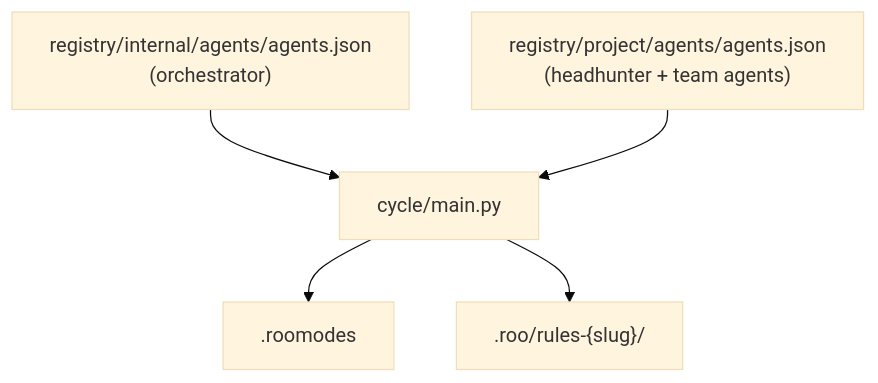
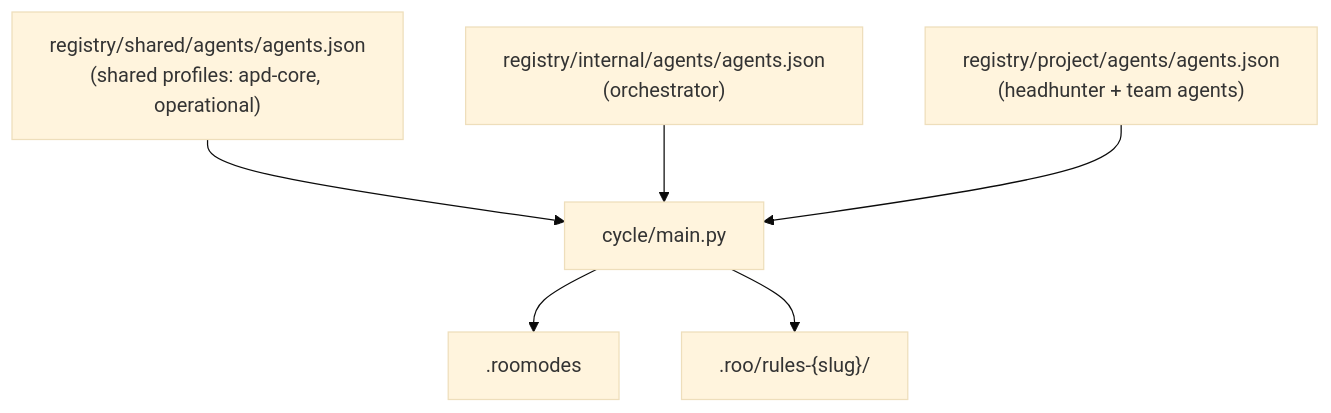
The second of 2 diagrams in docs/architecture.md (Joanoni/autonomous-project-development), drawn with Mermaid (base theme) before and after one commit. The commit also changed other lines of this file and 56 other files, not shown here.

Commit message:
refactor: introduce shared registry, split cycle script, add simple_code_and_test_project example, and clean up per-example rules

````diff
--- a/docs/architecture.md
+++ b/docs/architecture.md
@@ -131,13 +132,15 @@
 ```mermaid
 graph TD
+    SH["registry/shared/agents/agents.json<br/>(shared profiles: apd-core, operational)"]
     INT["registry/internal/agents/agents.json<br/>(orchestrator)"]
     PRJ["registry/project/agents/agents.json<br/>(headhunter + team agents)"]
     CY["cycle/main.py"]
     RM[".roomodes"]
     RR[".roo/rules-{slug}/"]
 
+    SH --> CY
     INT --> CY
     PRJ --> CY
     CY --> RM
     CY --> RR
 ```
````
